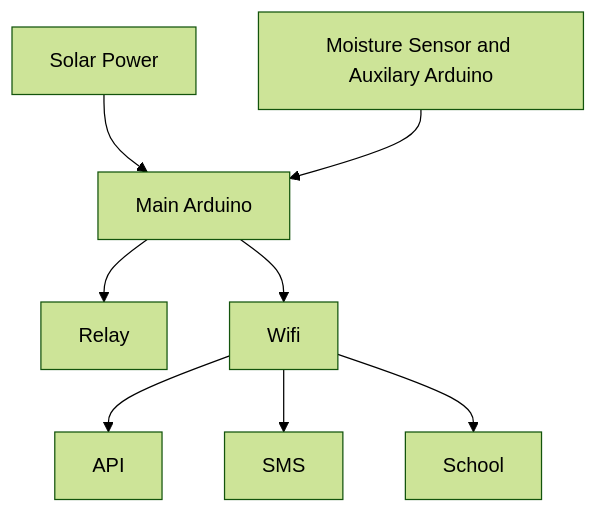
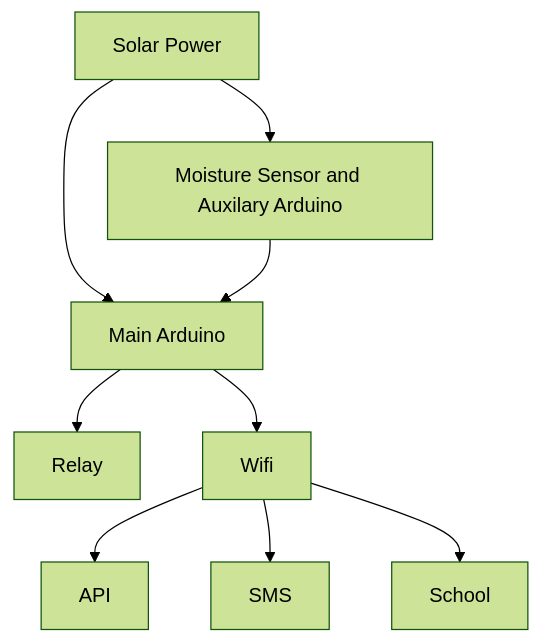
The diagram in README.md (FegelSamuel/Sprinkler-System), drawn with Mermaid (forest theme) before and after one commit.

````diff
--- a/README.md
+++ b/README.md
@@ -1,10 +1,11 @@
 ```mermaid
 graph TD
     A["Solar Power"] --> B["Main Arduino"]
+    A["Solar Power"] --> D["Moisture Sensor and Auxilary Arduino"]
     B["Main Arduino"] --> H["Relay"]
     B["Main Arduino"] --> C["Wifi"]
     C["Wifi"] --> E["API"]
     C["Wifi"] --> F["SMS"]
     C["Wifi"] --> G["School"]
     D["Moisture Sensor and Auxilary Arduino"] --> B["Main Arduino"]
 ```
````
